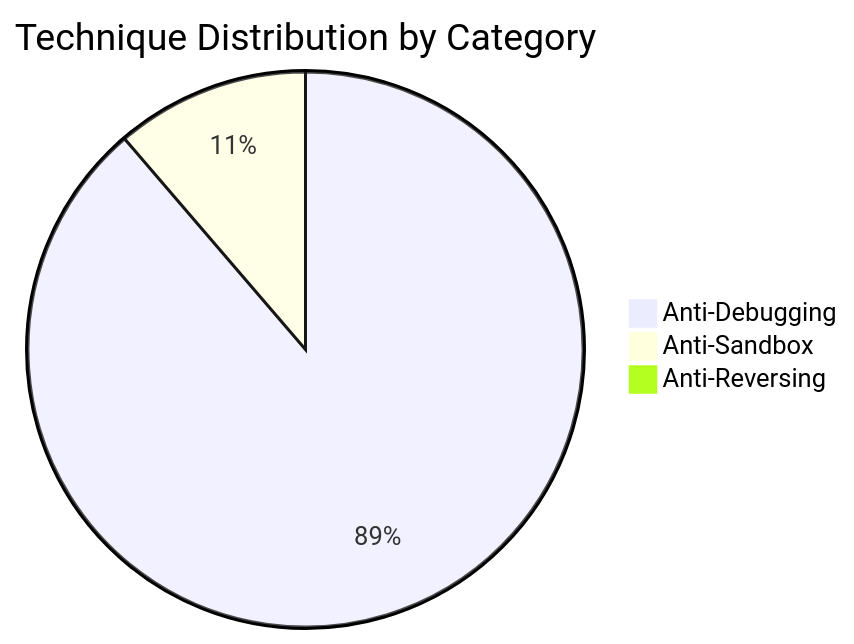
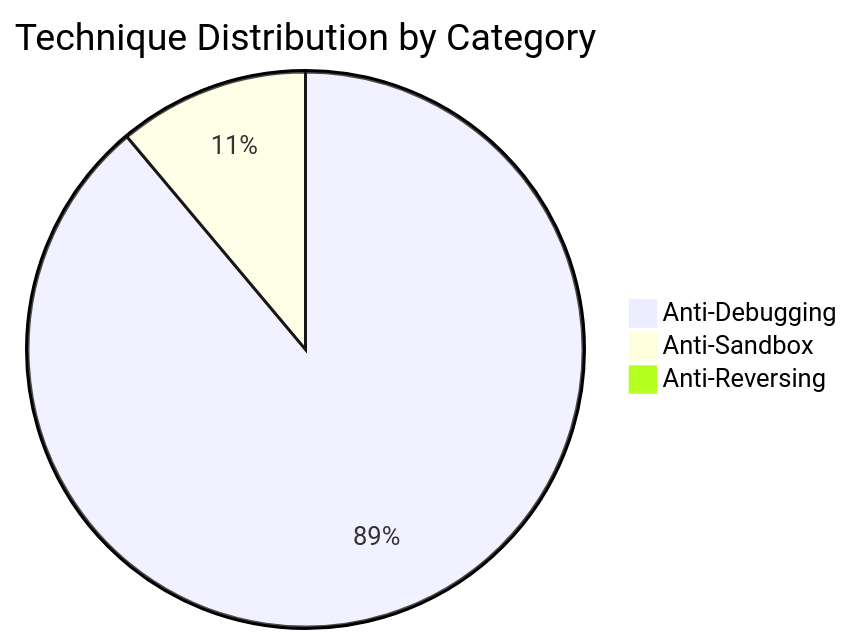
Before and after one commit to mabj/anti: the second of 8 diagrams in docs/diagrams/taxonomy.md, drawn with Mermaid. The commit also changed other lines of this file and 7 other files, not shown here.

````diff
--- a/docs/diagrams/taxonomy.md
+++ b/docs/diagrams/taxonomy.md
@@ -34,6 +34,6 @@
 ```mermaid
 pie title Technique Distribution by Category
-    "Anti-Debugging" : 55
+    "Anti-Debugging" : 56
     "Anti-Sandbox" : 7
     "Anti-Reversing" : 0
 ```
````
